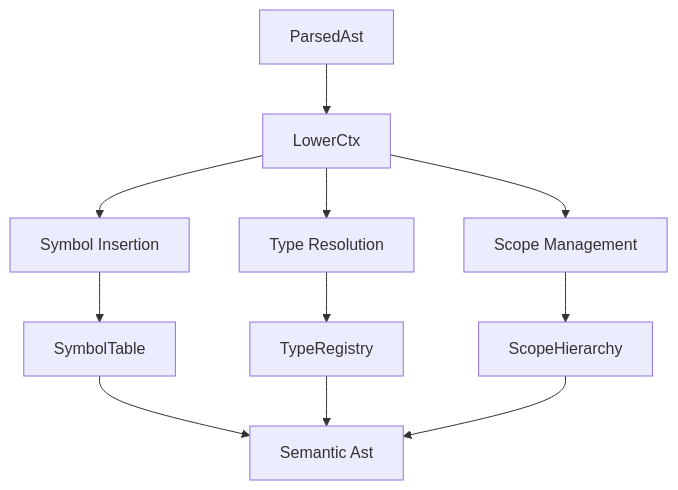
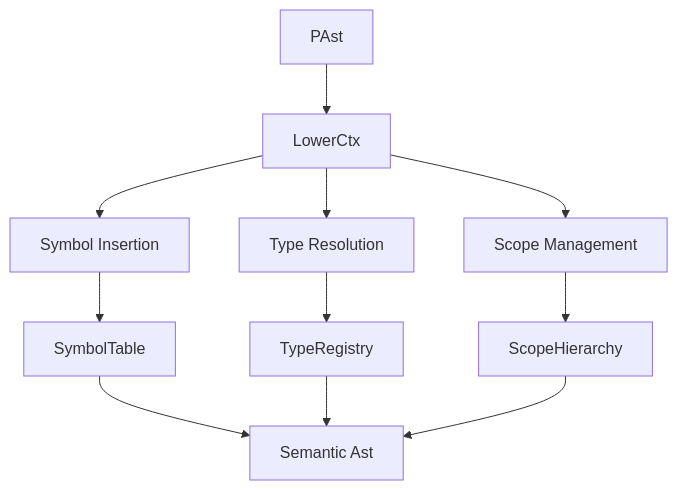
One commit to bungcip/cendol changed the first of 3 diagrams in design-document/semantic_lowering_flow.md. Above: the diagram before and after it, drawn with Mermaid. The commit also changed other lines of this file and 7 other files, not shown here.

````diff
--- a/design-document/semantic_lowering_flow.md
+++ b/design-document/semantic_lowering_flow.md
@@ -7,11 +7,11 @@
 ```mermaid
 flowchart TD
-    A[ParsedAst] --> B[LowerCtx]
+    A[PAst] --> B[LowerCtx]
     B --> C[Symbol Insertion]
     B --> D[Type Resolution]
     B --> E[Scope Management]
     C --> F[SymbolTable]
     D --> G[TypeRegistry]
     E --> H[ScopeHierarchy]
     F & G & H --> I[Semantic Ast]
 ```
````
